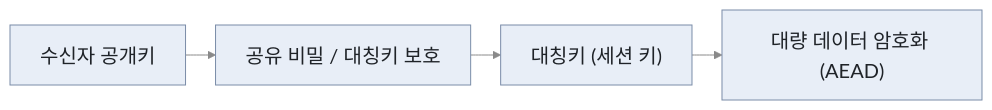
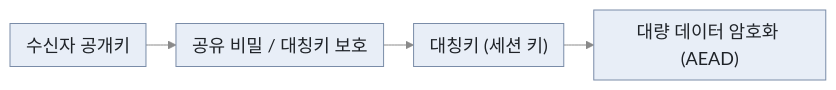
The second of 4 diagrams in security-fundamentals/cryptography/asymmetric-encryption.md (secututor/security-knowledge-base), drawn with Mermaid before and after one commit. The commit also changed other lines of this file and 12 other files, not shown here.

Commit message:
docs: Mermaid 그림 28개에 공통 테마 적용 (밝은 노드, 박스 축소, 라벨 화살표 간격 확대)

````diff
--- a/security-fundamentals/cryptography/asymmetric-encryption.md
+++ b/security-fundamentals/cryptography/asymmetric-encryption.md
@@ -60,7 +60,7 @@
 ```mermaid
-%%{init: {"theme": "base", "themeVariables": {"fontSize": "20px", "primaryColor": "#e8eef7", "primaryTextColor": "#1f2328", "primaryBorderColor": "#7a8ca8", "secondaryColor": "#eef1f5", "tertiaryColor": "#f5f7fa", "lineColor": "#8a8a8a", "edgeLabelBackground": "#ffffff", "clusterBkg": "#f5f7fa", "clusterBorder": "#7a8ca8", "actorBkg": "#e8eef7", "actorBorder": "#7a8ca8", "actorTextColor": "#1f2328", "actorLineColor": "#8a8a8a", "signalColor": "#8a8a8a", "signalTextColor": "#8a8a8a", "noteBkgColor": "#fff8dc", "noteTextColor": "#1f2328", "noteBorderColor": "#c9b458"}, "flowchart": {"nodeSpacing": 25, "rankSpacing": 30}}}%%
+%%{init: {"theme": "base", "themeVariables": {"fontSize": "18px", "primaryColor": "#e8eef7", "primaryTextColor": "#1f2328", "primaryBorderColor": "#7a8ca8", "secondaryColor": "#eef1f5", "tertiaryColor": "#f5f7fa", "lineColor": "#8a8a8a", "edgeLabelBackground": "#eef1f5", "clusterBkg": "#f5f7fa", "clusterBorder": "#7a8ca8", "actorBkg": "#e8eef7", "actorBorder": "#7a8ca8", "actorTextColor": "#1f2328", "actorLineColor": "#8a8a8a", "signalColor": "#8a8a8a", "signalTextColor": "#8a8a8a", "noteBkgColor": "#fff8dc", "noteTextColor": "#1f2328", "noteBorderColor": "#c9b458"}, "flowchart": {"nodeSpacing": 25, "rankSpacing": 30, "padding": 8}, "sequence": {"width": 110, "height": 40, "boxMargin": 6, "noteMargin": 6, "actorMargin": 40}}}%%
 flowchart LR
     PK["수신자 공개키"] --> W["공유 비밀 / 대칭키 보호"]
     W --> K["대칭키 (세션 키)"]
     K --> D["대량 데이터 암호화 (AEAD)"]
 ```
````
